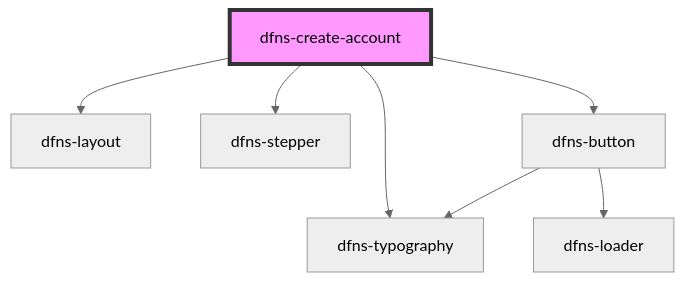
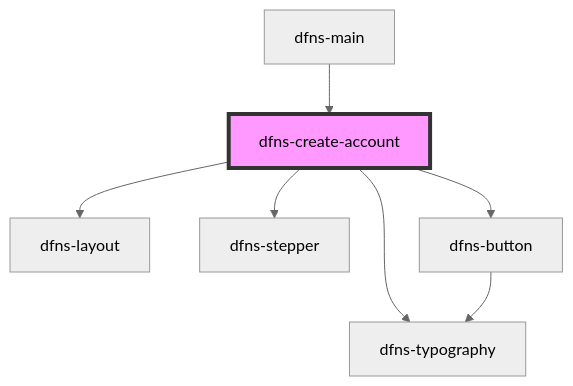
The diagram in src/components/Pages/dfns-create-account/readme.md (dfnsext/web-ui), drawn with Mermaid (neutral theme) before and after one commit. The commit also changed other lines of this file and 23 other files, not shown here.

````diff
--- a/src/components/Pages/dfns-create-account/readme.md
+++ b/src/components/Pages/dfns-create-account/readme.md
@@ -36,10 +36,10 @@
 ```mermaid
 graph TD;
   dfns-create-account --> dfns-layout
   dfns-create-account --> dfns-typography
   dfns-create-account --> dfns-stepper
   dfns-create-account --> dfns-button
   dfns-button --> dfns-typography
-  dfns-button --> dfns-loader
+  dfns-main --> dfns-create-account
   style dfns-create-account fill:#f9f,stroke:#333,stroke-width:4px
 ```
````
